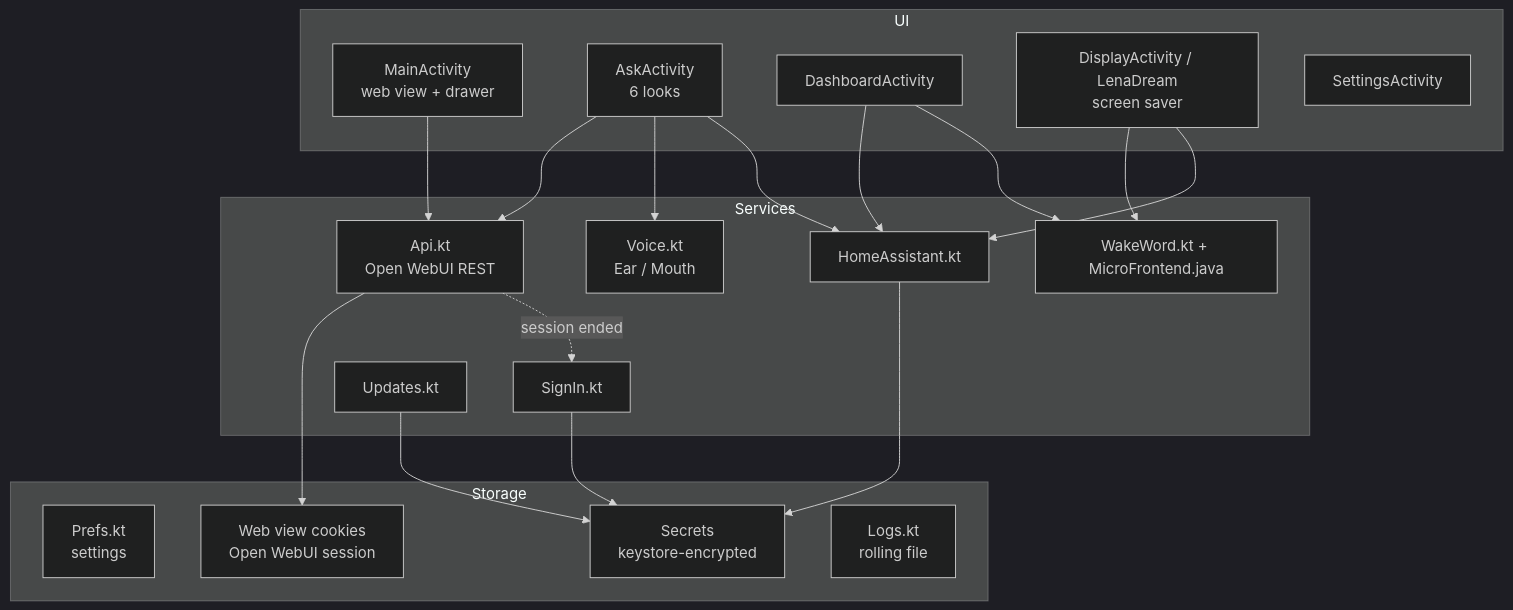
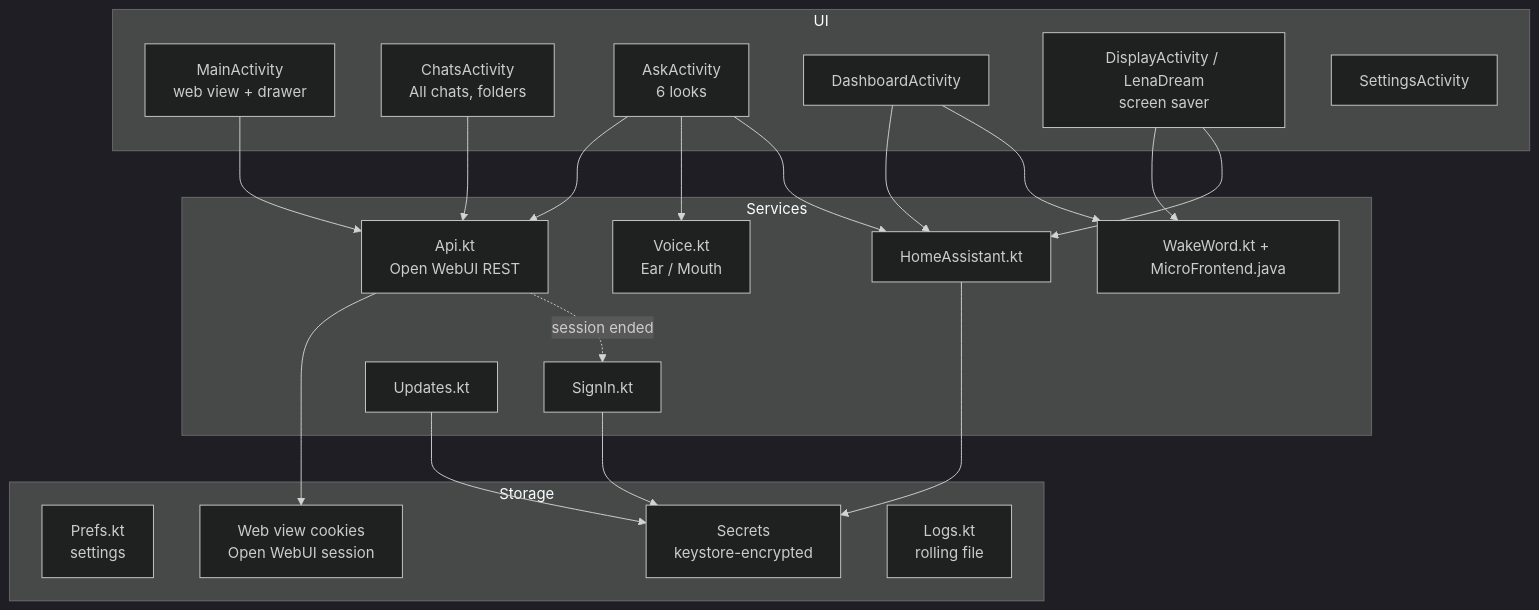
One commit to soullink9/Lena-Personal_AI_Assistant changed the third of 4 diagrams in ARCHITECTURE.md. Above: the diagram before and after it, drawn with Mermaid (dark theme). The commit also changed other lines of this file and 17 other files, not shown here.

First line of the commit message:
docs: calendar, Chat | Home, folders, All chats and no calls; 0.6.0-beta

````diff
--- a/ARCHITECTURE.md
+++ b/ARCHITECTURE.md
@@ -81,32 +81,34 @@
 ```mermaid
 flowchart TB
     subgraph UI
         Main["MainActivity<br/>web view + drawer"]
+        Chats["ChatsActivity<br/>All chats, folders"]
         Ask["AskActivity<br/>6 looks"]
         Dash["DashboardActivity"]
         Disp["DisplayActivity / LenaDream<br/>screen saver"]
         Settings["SettingsActivity"]
     end
     subgraph Services
         Api["Api.kt<br/>Open WebUI REST"]
         House["HomeAssistant.kt"]
         Voice["Voice.kt<br/>Ear / Mouth"]
         Wake["WakeWord.kt + MicroFrontend.java"]
         SignIn["SignIn.kt"]
         Upd["Updates.kt"]
     end
     subgraph Storage
         Prefs["Prefs.kt<br/>settings"]
         Secrets["Secrets<br/>keystore-encrypted"]
         Cookies["Web view cookies<br/>Open WebUI session"]
         Logs["Logs.kt<br/>rolling file"]
     end
     Main --> Api
+    Chats --> Api
     Ask --> Api & Voice & House
     Dash --> House & Wake
     Disp --> Wake & House
     Api --> Cookies
     Api -. "session ended" .-> SignIn --> Secrets
     House --> Secrets
     Upd --> Secrets
 ```
````
